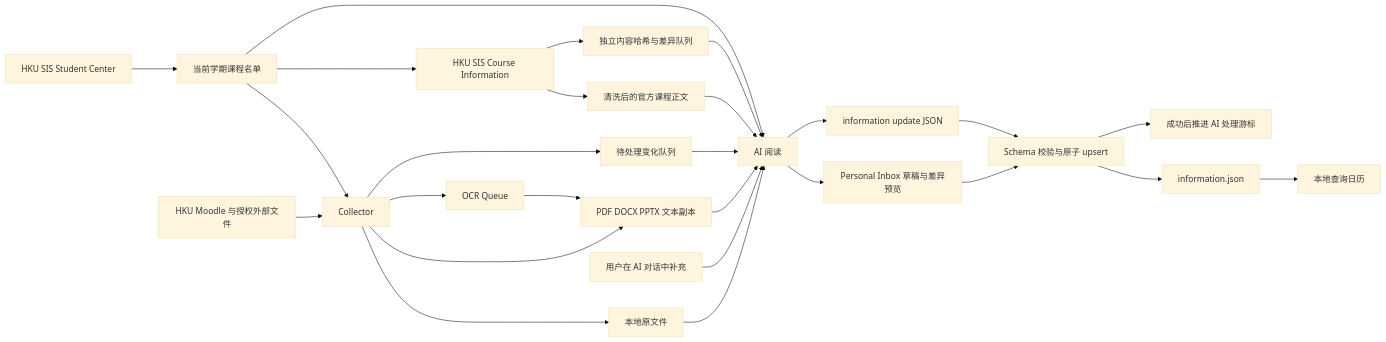
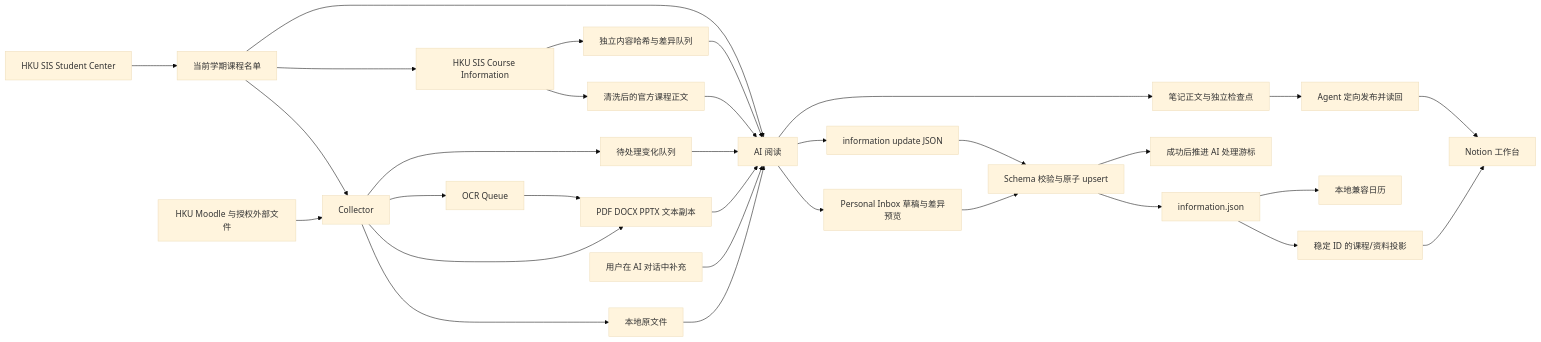
The first of 2 diagrams in ARCHITECTURE.md (Jerry6921/HSAS), drawn with Mermaid (base theme) before and after one commit. The commit also changed other lines of this file and 35 other files, not shown here.

````diff
--- a/ARCHITECTURE.md
+++ b/ARCHITECTURE.md
@@ -8,28 +40,33 @@
 ```mermaid
 flowchart LR
     StudentCenter[HKU SIS Student Center] --> Roster[当前学期课程名单]
     Roster --> Collector
     Roster --> SIS[HKU SIS Course Information]
     Moodle[HKU Moodle 与授权外部文件] --> Collector[Collector]
     Collector --> Files[本地原文件]
     Collector --> Text[PDF DOCX PPTX 文本副本]
     Collector --> OCR[OCR Queue]
     OCR --> Text
     Collector --> Queue[待处理变化队列]
     SIS --> SisText[清洗后的官方课程正文]
     SIS --> SisQueue[独立内容哈希与差异队列]
     Files --> AI[AI 阅读]
     Text --> AI
     Queue --> AI
     SisText --> AI
     SisQueue --> AI
     Roster --> AI
     User[用户在 AI 对话中补充] --> AI
     AI --> Inbox[Personal Inbox 草稿与差异预览]
     Inbox --> Validator
     AI --> Update[information update JSON]
     Update --> Validator[Schema 校验与原子 upsert]
     Validator --> Store[information.json]
     Validator --> Checkpoint[成功后推进 AI 处理游标]
-    Store --> Calendar[本地查询日历]
+    Store --> Projection[稳定 ID 的课程/资料投影]
+    Projection --> Notion[Notion 工作台]
+    Store --> Local[本地兼容日历]
+    AI --> Notes[笔记正文与独立检查点]
+    Notes --> Publish[Agent 定向发布并读回]
+    Publish --> Notion
 ```
````
